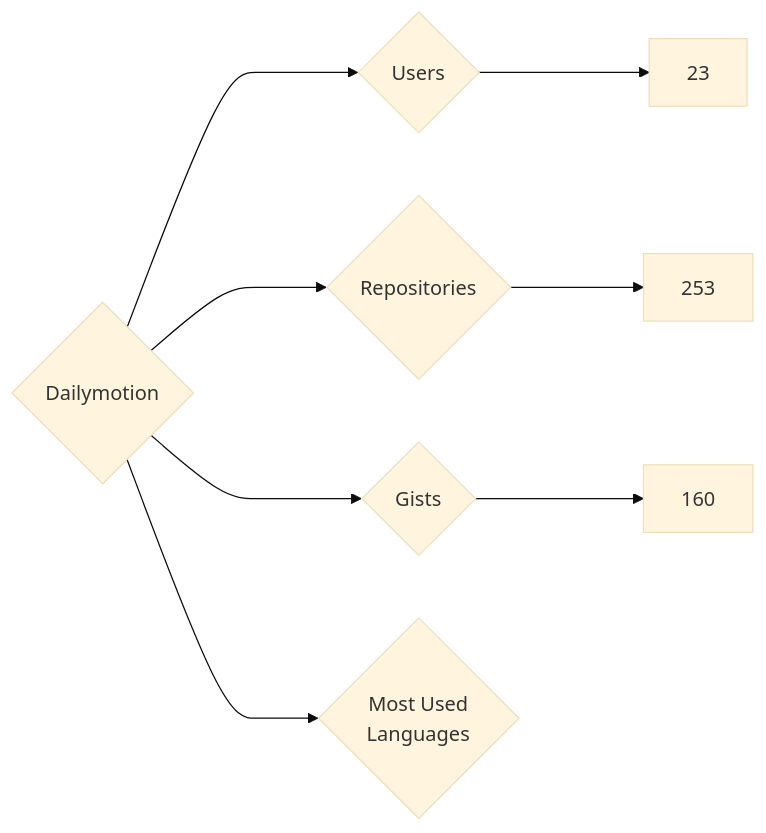
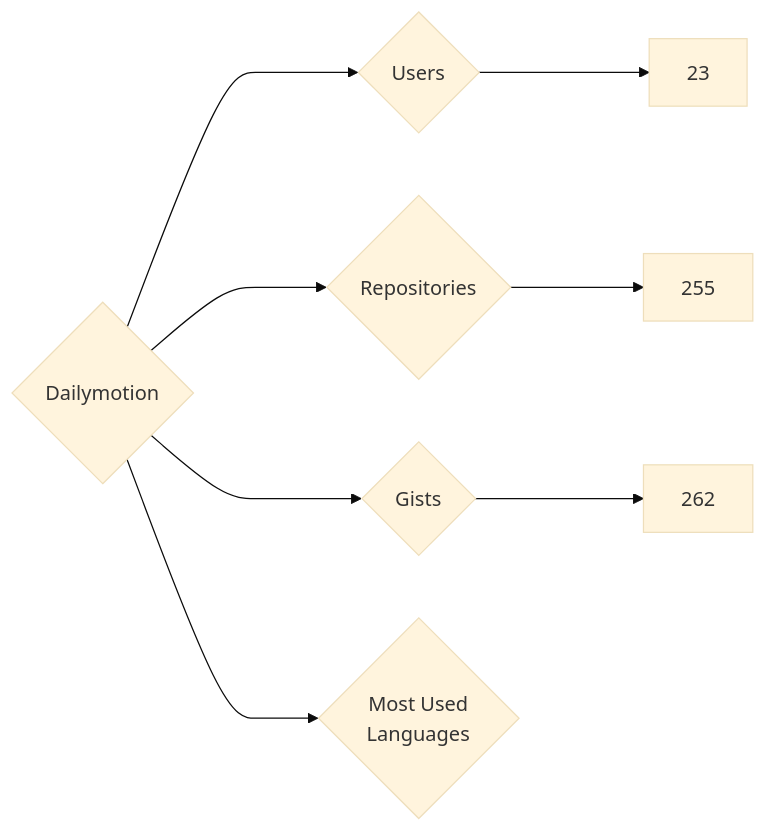
The diagram in targets/Dailymotion/README.md (nenadzaric/insiders), drawn with Mermaid (base theme) before and after one commit. The commit also changed 1342 other files, not shown here.

````diff
--- a/targets/Dailymotion/README.md
+++ b/targets/Dailymotion/README.md
@@ -3,8 +3,8 @@
 ```mermaid
 graph LR
 COMPANY_NAME{Dailymotion}
 COMPANY_NAME ---> U{Users} ---> UN[23]
-COMPANY_NAME ---> R{Repositories} ---> RN[253]
-COMPANY_NAME ---> G{Gists} ---> GN[160]
+COMPANY_NAME ---> R{Repositories} ---> RN[255]
+COMPANY_NAME ---> G{Gists} ---> GN[262]
 COMPANY_NAME ---> ML{Most Used<br>Languages}
 ```
````
